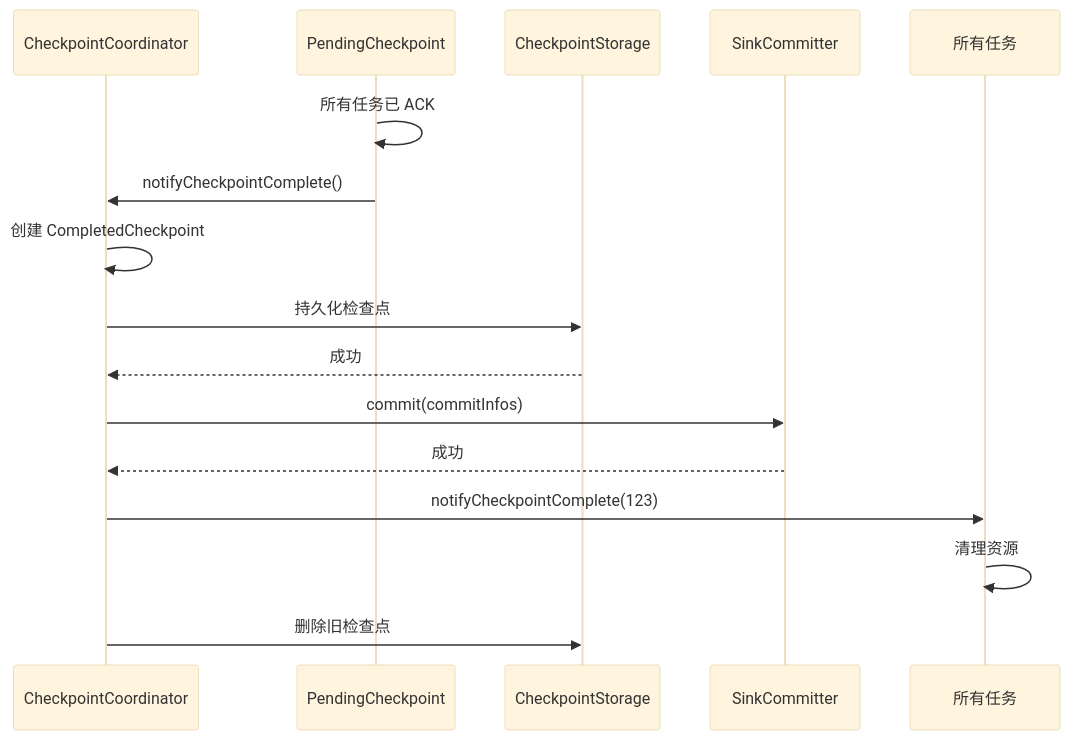
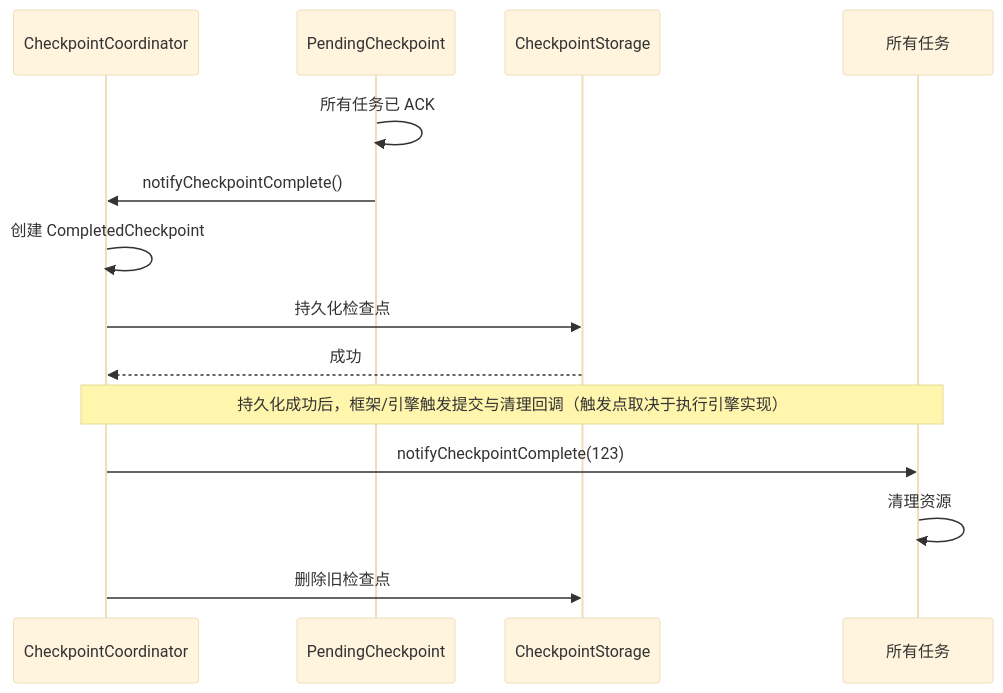
One commit to apache/seatunnel changed the third of 4 diagrams in docs/zh/architecture/fault-tolerance/checkpoint-mechanism.md. Above: the diagram before and after it, drawn with Mermaid (base theme). The commit also changed other lines of this file and 12 other files, not shown here.

Commit message:
Docs: review and refine architecture documents for accuracy

````diff
--- a/docs/zh/architecture/fault-tolerance/checkpoint-mechanism.md
+++ b/docs/zh/architecture/fault-tolerance/checkpoint-mechanism.md
@@ -272,24 +269,22 @@
 ```mermaid
 sequenceDiagram
     participant Coord as CheckpointCoordinator
     participant Pending as PendingCheckpoint
     participant Storage as CheckpointStorage
-    participant Committer as SinkCommitter
     participant Tasks as 所有任务
 
     Pending->>Pending: 所有任务已 ACK
 
     Pending->>Coord: notifyCheckpointComplete()
 
     Coord->>Coord: 创建 CompletedCheckpoint
     Coord->>Storage: 持久化检查点
     Storage-->>Coord: 成功
 
-    Coord->>Committer: commit(commitInfos)
-    Committer-->>Coord: 成功
+    Note over Coord,Tasks: 持久化成功后，框架/引擎触发提交与清理回调（触发点取决于执行引擎实现）
 
     Coord->>Tasks: notifyCheckpointComplete(123)
     Tasks->>Tasks: 清理资源
 
     Coord->>Storage: 删除旧检查点
 ```
````
